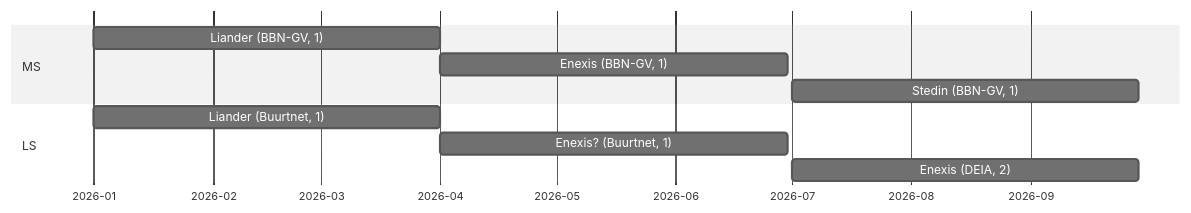
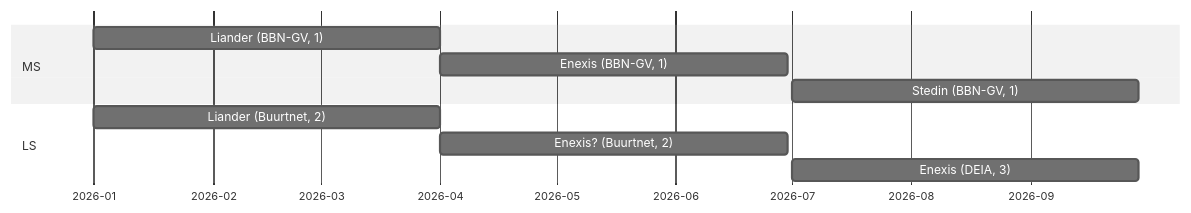
Before and after one commit to Netbeheer-Nederland/presentations: the second of 5 diagrams in presentatie_profile_group-20250113/index.adoc, drawn with Mermaid. The commit also changed other lines of this file, not shown here.

```diff
--- a/presentatie_profile_group-20250113/index.adoc
+++ b/presentatie_profile_group-20250113/index.adoc
@@ -87,17 +88,17 @@
 [mermaid]
 ----
 %%{init: {"theme":"neutral"}}%%
 gantt
     dateFormat  YYYY-MM-DD
     axisFormat  %Y-%m
 
     section MS
     Liander (BBN-GV, 1) :2026-01-01, 90d
     Enexis (BBN-GV, 1) :2026-04-01, 90d
     Stedin (BBN-GV, 1) :2026-07-01, 90d
 
     section LS
-    Liander (Buurtnet, 1) :2026-01-01, 90d
-    Enexis? (Buurtnet, 1) :2026-04-01, 90d
-    Enexis (DEIA, 2) :2026-07-01, 90d
+    Liander (Buurtnet, 2) :2026-01-01, 90d
+    Enexis? (Buurtnet, 2) :2026-04-01, 90d
+    Enexis (DEIA, 3) :2026-07-01, 90d
 ----
```
